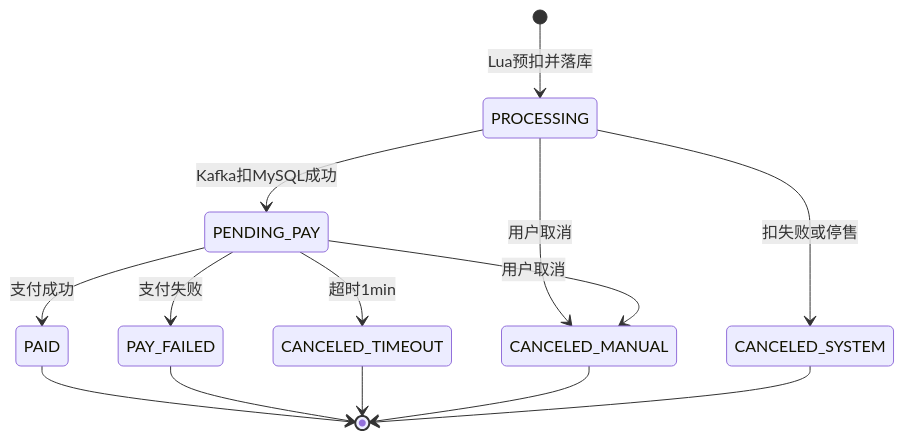
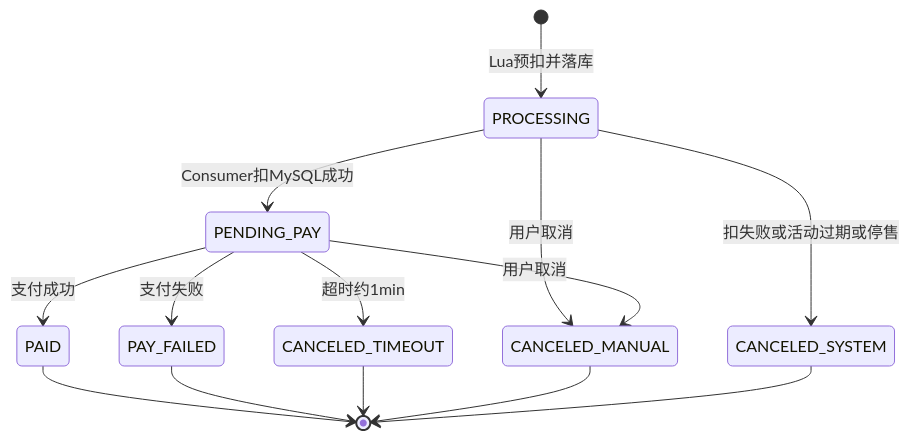
Before and after one commit to wegod/presence: the fourth of 8 diagrams in README.md, drawn with Mermaid. The commit also changed other lines of this file, not shown here.

First line of the commit message:
Fix README architecture diagrams to match the implemented flow.

````diff
--- a/README.md
+++ b/README.md
@@ -121,16 +134,16 @@
 ```mermaid
 stateDiagram-v2
   [*] --> PROCESSING: Lua预扣并落库
-  PROCESSING --> PENDING_PAY: Kafka扣MySQL成功
-  PROCESSING --> CANCELED_SYSTEM: 扣失败或停售
+  PROCESSING --> PENDING_PAY: Consumer扣MySQL成功
+  PROCESSING --> CANCELED_SYSTEM: 扣失败或活动过期或停售
   PROCESSING --> CANCELED_MANUAL: 用户取消
   PENDING_PAY --> PAID: 支付成功
   PENDING_PAY --> PAY_FAILED: 支付失败
-  PENDING_PAY --> CANCELED_TIMEOUT: 超时1min
+  PENDING_PAY --> CANCELED_TIMEOUT: 超时约1min
   PENDING_PAY --> CANCELED_MANUAL: 用户取消
   PAID --> [*]
   PAY_FAILED --> [*]
   CANCELED_TIMEOUT --> [*]
   CANCELED_MANUAL --> [*]
   CANCELED_SYSTEM --> [*]
 ```
````
